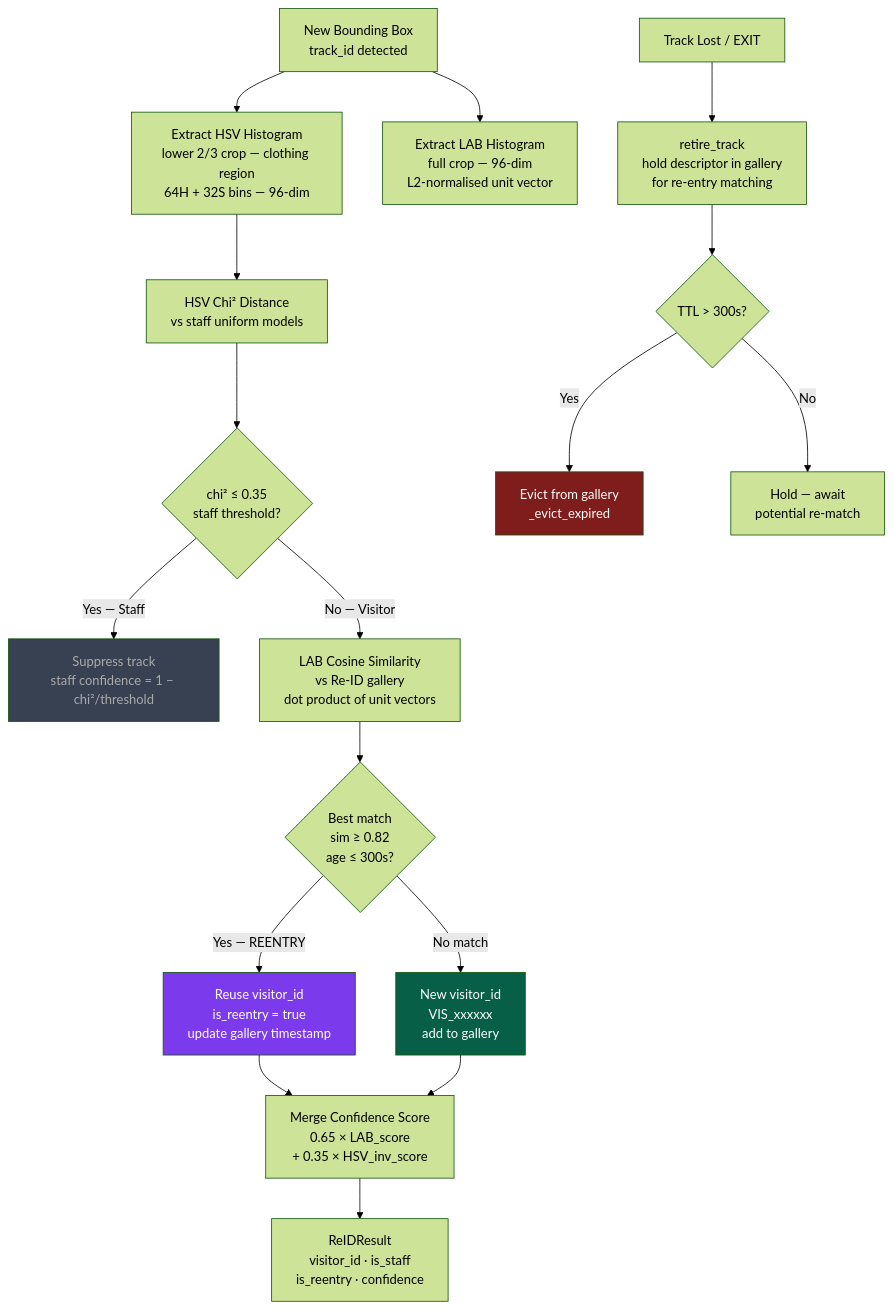
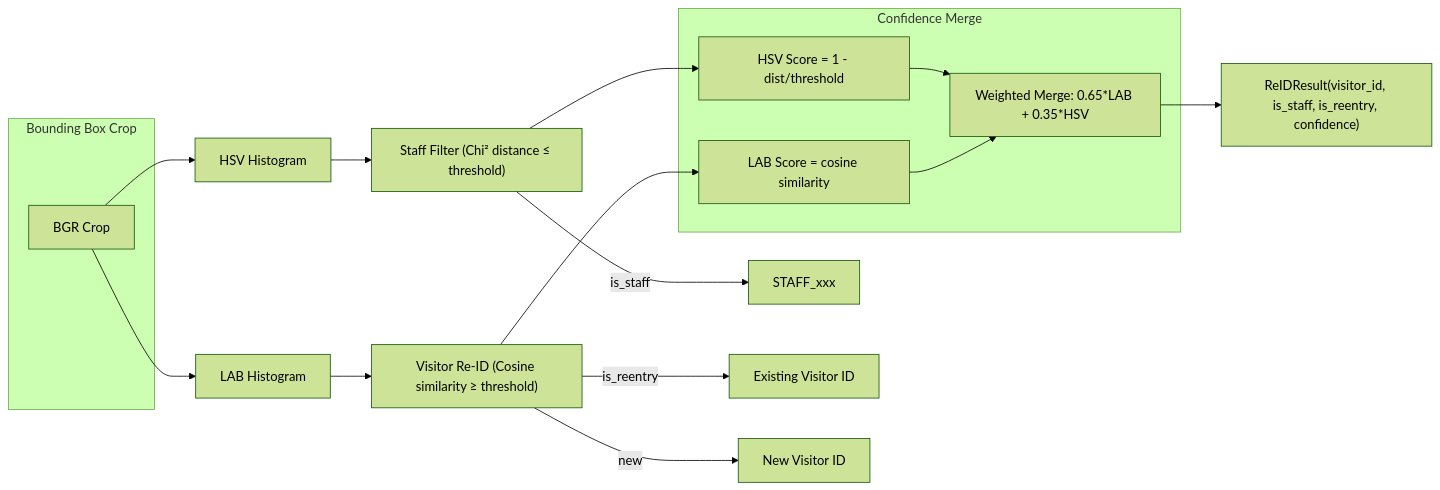
One commit to riddhisharma-sudo/purplle-Store-intelligence changed the fourth of 5 diagrams in README.md. Above: the diagram before and after it, drawn with Mermaid (forest theme).

````diff
--- a/README.md
+++ b/README.md
@@ -281,27 +281,27 @@
 ```mermaid
-flowchart TD
-    A["New Bounding Box\ntrack_id detected"] --> B["Extract HSV Histogram\nlower 2/3 crop — clothing region\n64H + 32S bins — 96-dim"]
-    A --> C["Extract LAB Histogram\nfull crop — 96-dim\nL2-normalised unit vector"]
+flowchart LR
+    subgraph Input["Bounding Box Crop"]
+        I1["BGR Crop"]
+    end
 
-    B --> D["HSV Chi² Distance\nvs staff uniform models"]
-    D --> E{"chi² ≤ 0.35\nstaff threshold?"}
-    E -->|"Yes — Staff"| F["Suppress track\nstaff confidence = 1 − chi²/threshold"]
-    E -->|"No — Visitor"| G["LAB Cosine Similarity\nvs Re-ID gallery\ndot product of unit vectors"]
+    I1 --> HSV["HSV Histogram"]
+    I1 --> LAB["LAB Histogram"]
 
-    G --> H{"Best match\nsim ≥ 0.82\nage ≤ 300s?"}
-    H -->|"Yes — REENTRY"| I["Reuse visitor_id\nis_reentry = true\nupdate gallery timestamp"]
-    H -->|"No match"| J["New visitor_id\nVIS_xxxxxx\nadd to gallery"]
+    HSV --> StaffCheck["Staff Filter (Chi² distance ≤ threshold)"]
+    LAB --> VisitorMatch["Visitor Re‑ID (Cosine similarity ≥ threshold)"]
 
-    I & J --> K["Merge Confidence Score\n0.65 × LAB_score\n+ 0.35 × HSV_inv_score"]
-    K --> L["ReIDResult\nvisitor_id · is_staff\nis_reentry · confidence"]
+    StaffCheck -->|is_staff| ResultStaff["STAFF_xxx"]
+    VisitorMatch -->|is_reentry| ResultVisitor["Existing Visitor ID"]
+    VisitorMatch -->|new| NewVisitor["New Visitor ID"]
 
-    M["Track Lost / EXIT"] --> N["retire_track\nhold descriptor in gallery\nfor re-entry matching"]
-    N --> O{"TTL > 300s?"}
-    O -->|"Yes"| P["Evict from gallery\n_evict_expired"]
-    O -->|"No"| Q["Hold — await\npotential re-match"]
+    subgraph Confidence["Confidence Merge"]
+        C1["HSV Score = 1 - dist/threshold"]
+        C2["LAB Score = cosine similarity"]
+        Merge["Weighted Merge: 0.65*LAB + 0.35*HSV"]
+    end
 
-    style F fill:#374151,color:#aaa
-    style I fill:#7c3aed,color:#fff
-    style J fill:#065f46,color:#fff
-    style P fill:#7f1d1d,color:#fff
+    StaffCheck --> C1
+    VisitorMatch --> C2
+    C1 & C2 --> Merge --> Final["ReIDResult(visitor_id, is_staff, is_reentry, confidence)"]
+
 ```
````
